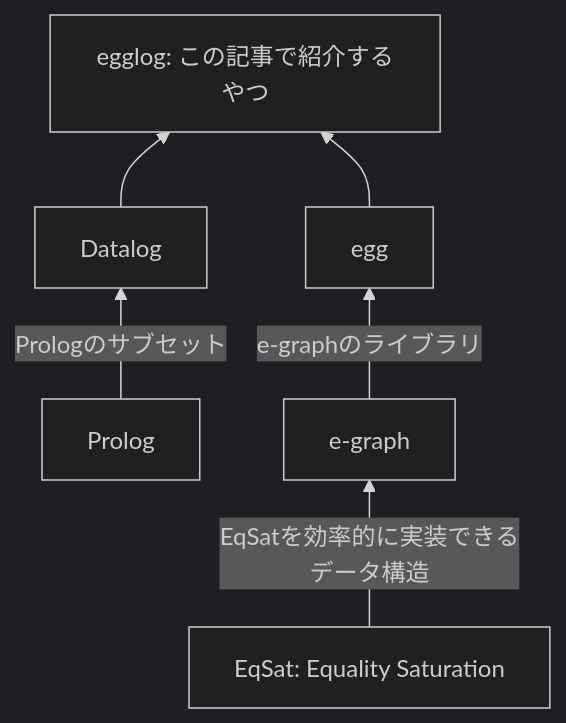
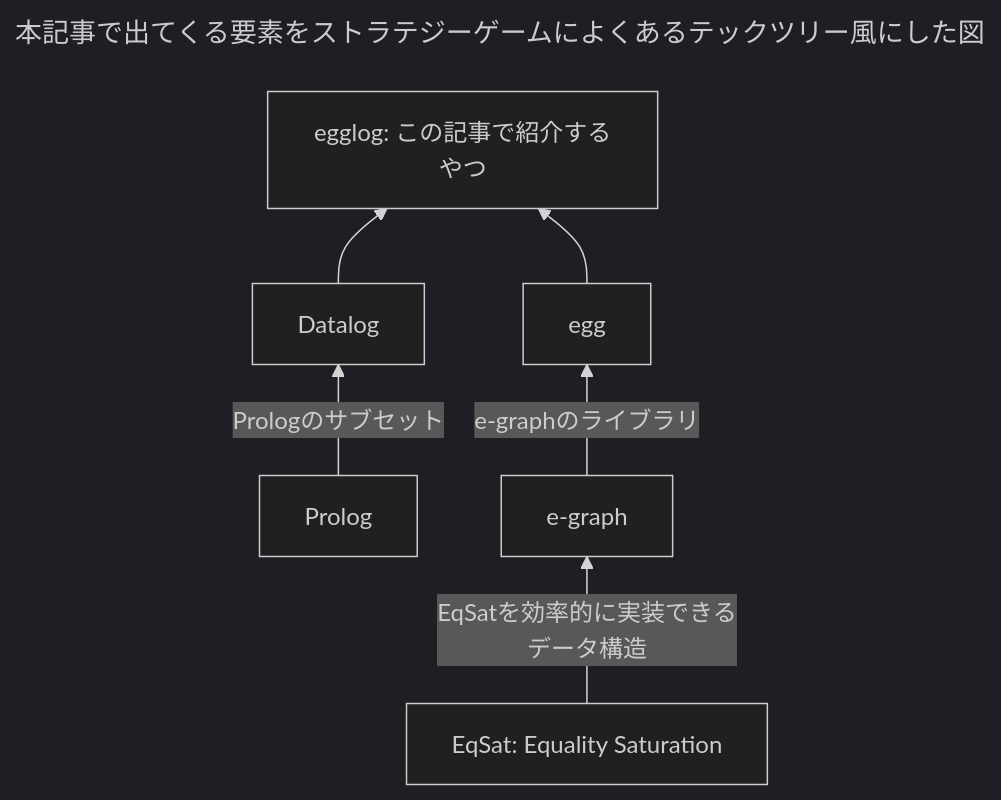
The diagram in articles/5c4df054704999.md (hatoo/zenn-content), drawn with Mermaid (dark theme) before and after one commit. The commit also changed other lines of this file, not shown here.

````diff
--- a/articles/5c4df054704999.md
+++ b/articles/5c4df054704999.md
@@ -19,8 +15,11 @@
 ```mermaid
-graph BT;
-    Datalog --> egglog[egglog: この記事で紹介するやつ];
-    Prolog -->|Prologのサブセット| Datalog;
-    e-graph -->|e-graphのライブラリ| egg;
-    egg --> egglog;
-    EqSat[EqSat: Equality Saturation] -->|EqSatを効率的に実装できるデータ構造| e-graph;
+---
+title: 本記事で出てくる要素をストラテジーゲームによくあるテックツリー風にした図
+---
+flowchart BT
+    Datalog --> egglog[egglog: この記事で紹介するやつ]
+    Prolog -->|Prologのサブセット| Datalog
+    e-graph -->|e-graphのライブラリ| egg
+    egg --> egglog
+    EqSat[EqSat: Equality Saturation] -->|EqSatを効率的に実装できるデータ構造| e-graph
 ```
````
